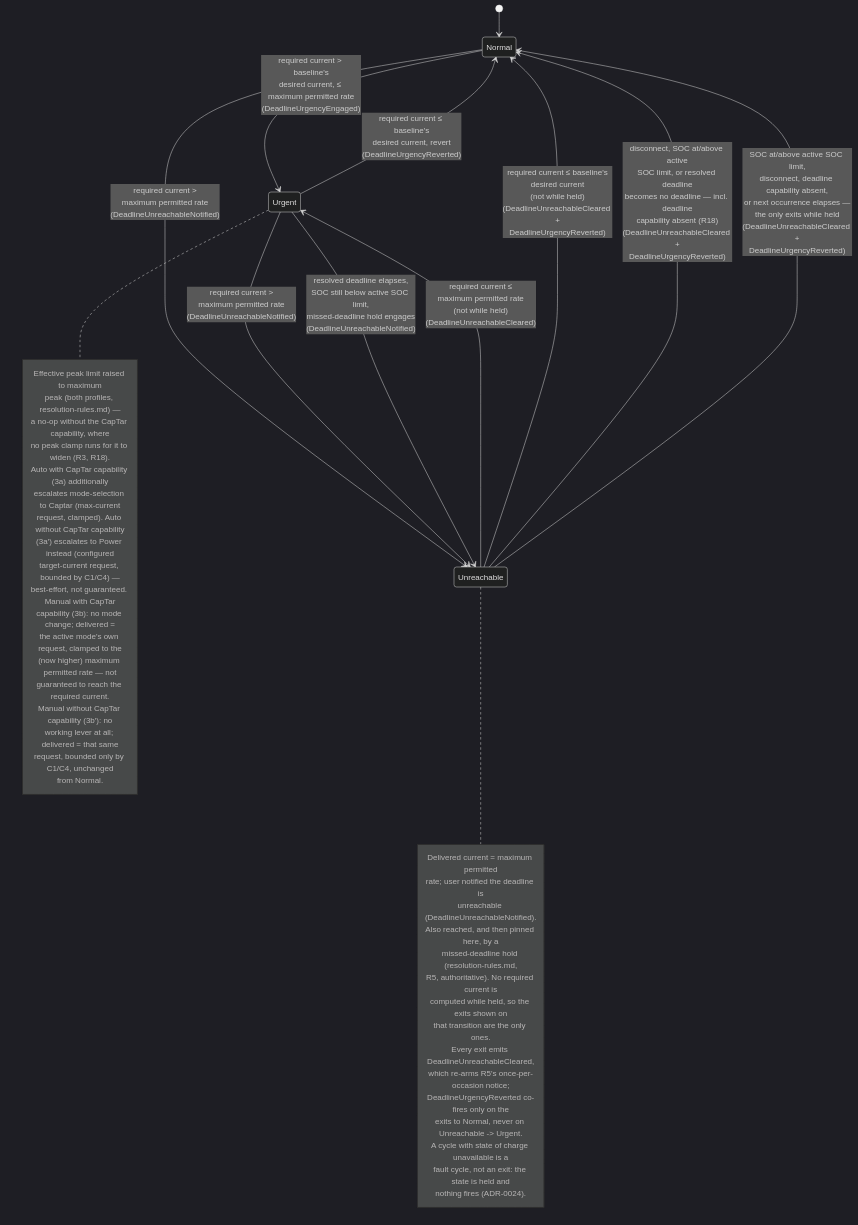
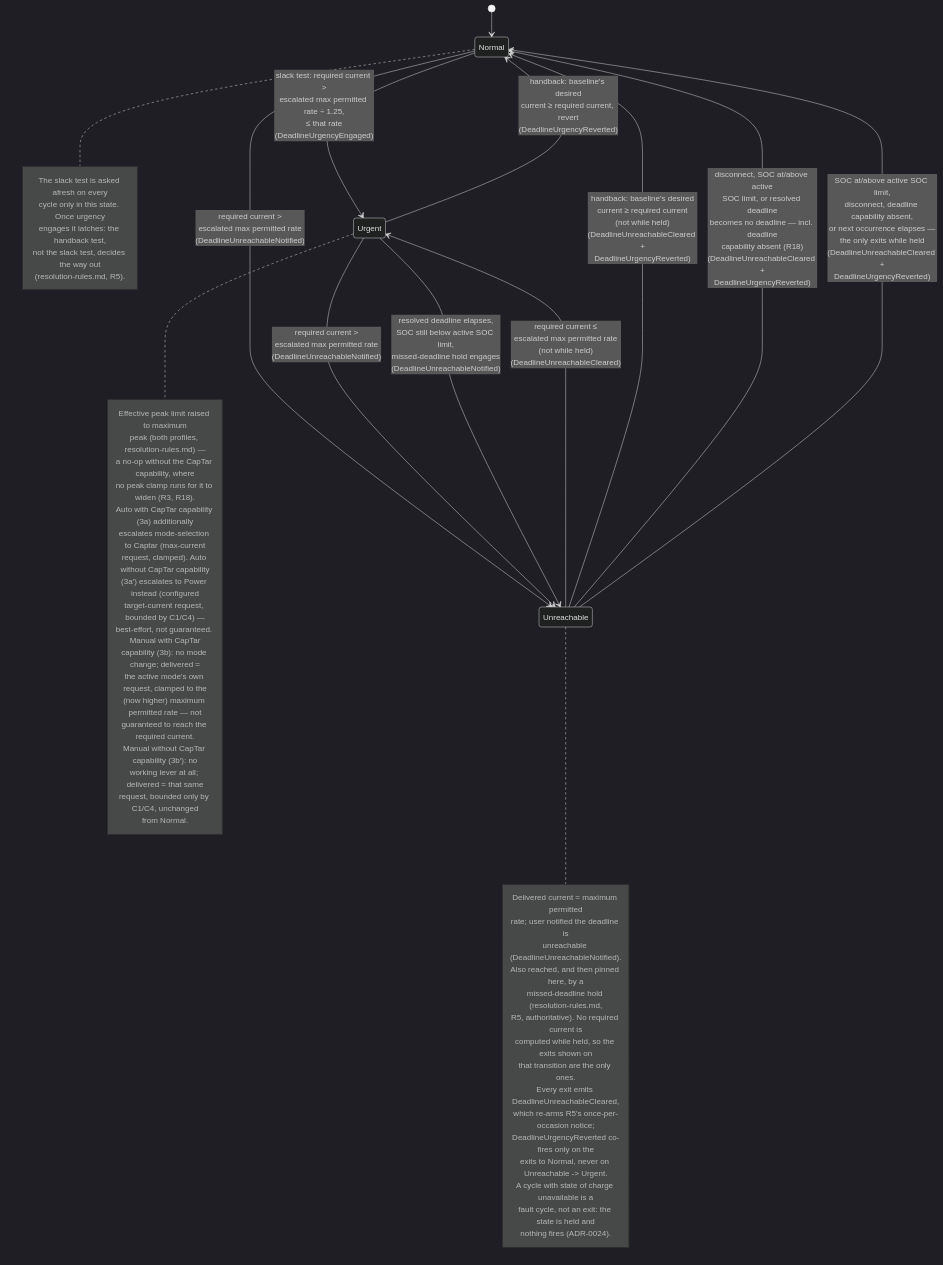
One commit to kristofdegrave/homeassistant-smart-charging changed the diagram in docs/analysis/use-cases/UC05-guarantee-ready-by-departure.md. Above: the diagram before and after it, drawn with Mermaid (dark theme). The commit also changed other lines of this file and 4 other files, not shown here.

````diff
--- a/docs/analysis/use-cases/UC05-guarantee-ready-by-departure.md
+++ b/docs/analysis/use-cases/UC05-guarantee-ready-by-departure.md
@@ -110,50 +111,57 @@
 ```mermaid
 stateDiagram-v2
     [*] --> Normal
-    Normal --> Urgent: required current > baseline's<br/>desired current, ≤ maximum permitted rate<br/>(DeadlineUrgencyEngaged)
-    Normal --> Unreachable: required current ><br/>maximum permitted rate<br/>(DeadlineUnreachableNotified)
-    Urgent --> Normal: required current ≤ baseline's<br/>desired current, revert<br/>(DeadlineUrgencyReverted)
-    Urgent --> Unreachable: required current ><br/>maximum permitted rate<br/>(DeadlineUnreachableNotified)
+    Normal --> Urgent: slack test: required current ><br/>escalated max permitted rate ÷ 1.25,<br/>≤ that rate<br/>(DeadlineUrgencyEngaged)
+    Normal --> Unreachable: required current ><br/>escalated max permitted rate<br/>(DeadlineUnreachableNotified)
+    Urgent --> Normal: handback: baseline's desired<br/>current ≥ required current, revert<br/>(DeadlineUrgencyReverted)
+    Urgent --> Unreachable: required current ><br/>escalated max permitted rate<br/>(DeadlineUnreachableNotified)
     Urgent --> Unreachable: resolved deadline elapses,<br/>SOC still below active SOC limit,<br/>missed-deadline hold engages<br/>(DeadlineUnreachableNotified)
-    Unreachable --> Urgent: required current ≤<br/>maximum permitted rate<br/>(not while held)<br/>(DeadlineUnreachableCleared)
-    Unreachable --> Normal: required current ≤ baseline's<br/>desired current<br/>(not while held)<br/>(DeadlineUnreachableCleared +<br/>DeadlineUrgencyReverted)
+    Unreachable --> Urgent: required current ≤<br/>escalated max permitted rate<br/>(not while held)<br/>(DeadlineUnreachableCleared)
+    Unreachable --> Normal: handback: baseline's desired<br/>current ≥ required current<br/>(not while held)<br/>(DeadlineUnreachableCleared +<br/>DeadlineUrgencyReverted)
     Unreachable --> Normal: disconnect, SOC at/above active<br/>SOC limit, or resolved deadline<br/>becomes no deadline — incl. deadline<br/>capability absent (R18)<br/>(DeadlineUnreachableCleared +<br/>DeadlineUrgencyReverted)
     Unreachable --> Normal: SOC at/above active SOC limit,<br/>disconnect, deadline capability absent,<br/>or next occurrence elapses —<br/>the only exits while held<br/>(DeadlineUnreachableCleared +<br/>DeadlineUrgencyReverted)
+    note right of Normal
+        The slack test is asked afresh on every
+        cycle only in this state. Once urgency
+        engages it latches: the handback test,
+        not the slack test, decides the way out
+        (resolution-rules.md, R5).
+    end note
     note right of Urgent
         Effective peak limit raised to maximum
         peak (both profiles, resolution-rules.md) —
         a no-op without the CapTar capability, where
         no peak clamp runs for it to widen (R3, R18).
         Auto with CapTar capability (3a) additionally
         escalates mode-selection to Captar (max-current
         request, clamped). Auto without CapTar capability
         (3a′) escalates to Power instead (configured
         target-current request, bounded by C1/C4) —
         best-effort, not guaranteed. Manual with CapTar
         capability (3b): no mode change; delivered =
         the active mode's own request, clamped to the
         (now higher) maximum permitted rate — not
         guaranteed to reach the required current.
         Manual without CapTar capability (3b′): no
         working lever at all; delivered = that same
         request, bounded only by C1/C4, unchanged
         from Normal.
     end note
     note right of Unreachable
         Delivered current = maximum permitted
         rate; user notified the deadline is
         unreachable (DeadlineUnreachableNotified).
         Also reached, and then pinned here, by a
         missed-deadline hold (resolution-rules.md,
         R5, authoritative). No required current is
         computed while held, so the exits shown on
         that transition are the only ones.
         Every exit emits DeadlineUnreachableCleared,
         which re-arms R5's once-per-occasion notice;
         DeadlineUrgencyReverted co-fires only on the
         exits to Normal, never on Unreachable -> Urgent.
         A cycle with state of charge unavailable is a
         fault cycle, not an exit: the state is held and
         nothing fires (ADR-0024).
     end note
 ```
````
